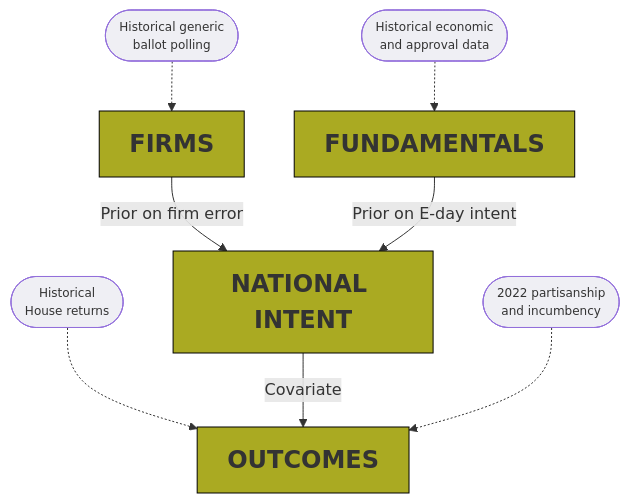
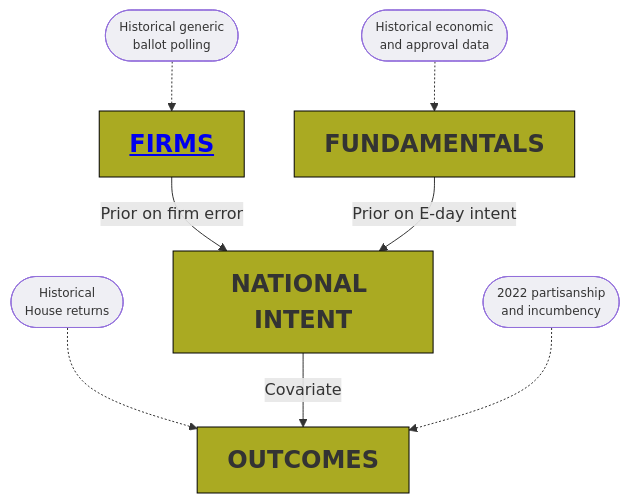
The diagram in README.Rmd (CoryMcCartan/midterms-22), drawn with Mermaid before and after one commit. The commit also changed other lines of this file and 1 other file, not shown here.

````diff
--- a/README.Rmd
+++ b/README.Rmd
@@ -37,12 +39,13 @@
 ```mermaid
 graph TD
-    mod_firms[<font size=5>FIRMS]:::model --> |Prior on firm error| mod_natl[<font size=5>NATIONAL INTENT]:::model
+    mod_firms[<font size=5><a href="#firm-error-model">FIRMS</a>]:::model
+    mod_firms --> |Prior on firm error| mod_natl[<font size=5>NATIONAL INTENT]:::model
     mod_fund[<font size=5>FUNDAMENTALS]:::model --> |Prior on E-day intent| mod_natl
     d_ret([Historical<br />House returns]):::data -.-> mod_race
     mod_natl --> |Covariate| mod_race[<font size=5>OUTCOMES]:::model
     d_gen([Historical generic<br />ballot polling]):::data -.-> mod_firms
     d_fund([Historical economic<br />and approval data]):::data -.-> mod_fund
     d_22([2022 partisanship<br />and incumbency]):::data -.-> mod_race
     classDef model fill:#aa2,stroke:#000,font-size:16pt,font-weight:bold
     classDef data fill:#efeff4,stroke#aaa,line-height:1.5,font-size:9pt
 ```
````
